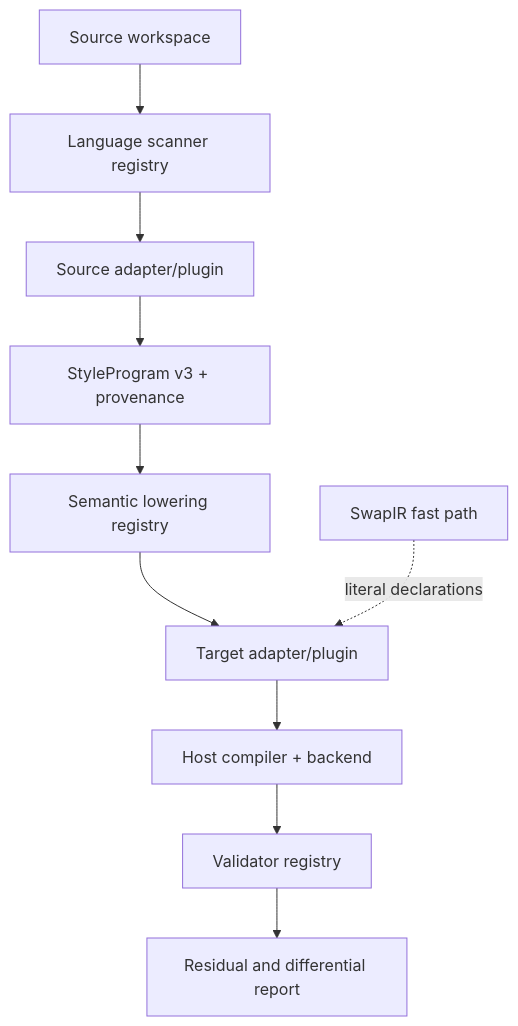
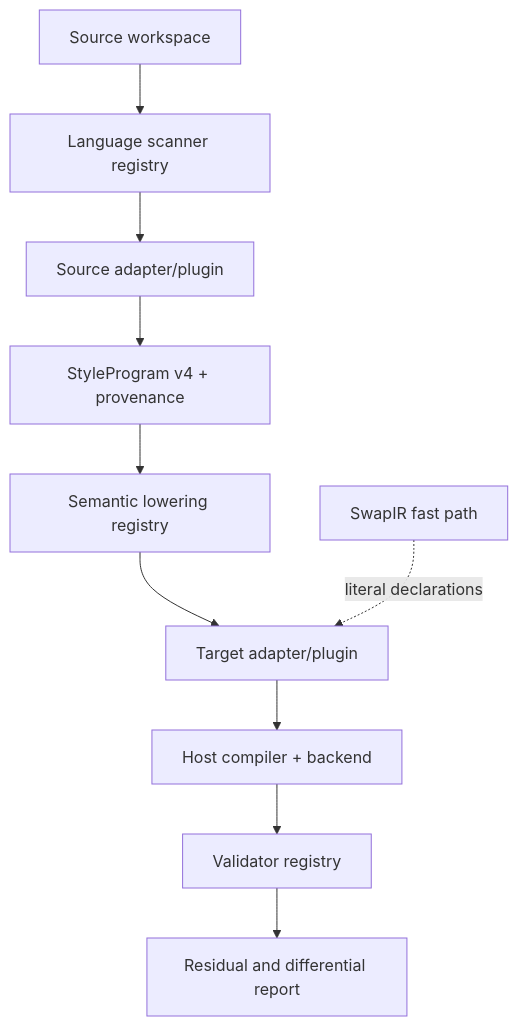
One commit to astahmer/yumcss changed the diagram in plans/037-pivot-capability-completeness.md. Above: the diagram before and after it, drawn with Mermaid. The commit also changed other lines of this file and 14 other files, not shown here.

````diff
--- a/plans/037-pivot-capability-completeness.md
+++ b/plans/037-pivot-capability-completeness.md
@@ -96,12 +96,12 @@
 ```mermaid
 flowchart TD
   A[Source workspace] --> B[Language scanner registry]
   B --> C[Source adapter/plugin]
-  C --> D[StyleProgram v3 + provenance]
+  C --> D[StyleProgram v4 + provenance]
   D --> E[Semantic lowering registry]
   E --> F[Target adapter/plugin]
   F --> G[Host compiler + backend]
   G --> H[Validator registry]
   H --> I[Residual and differential report]
   J[SwapIR fast path] -. literal declarations .-> F
 ```
````
